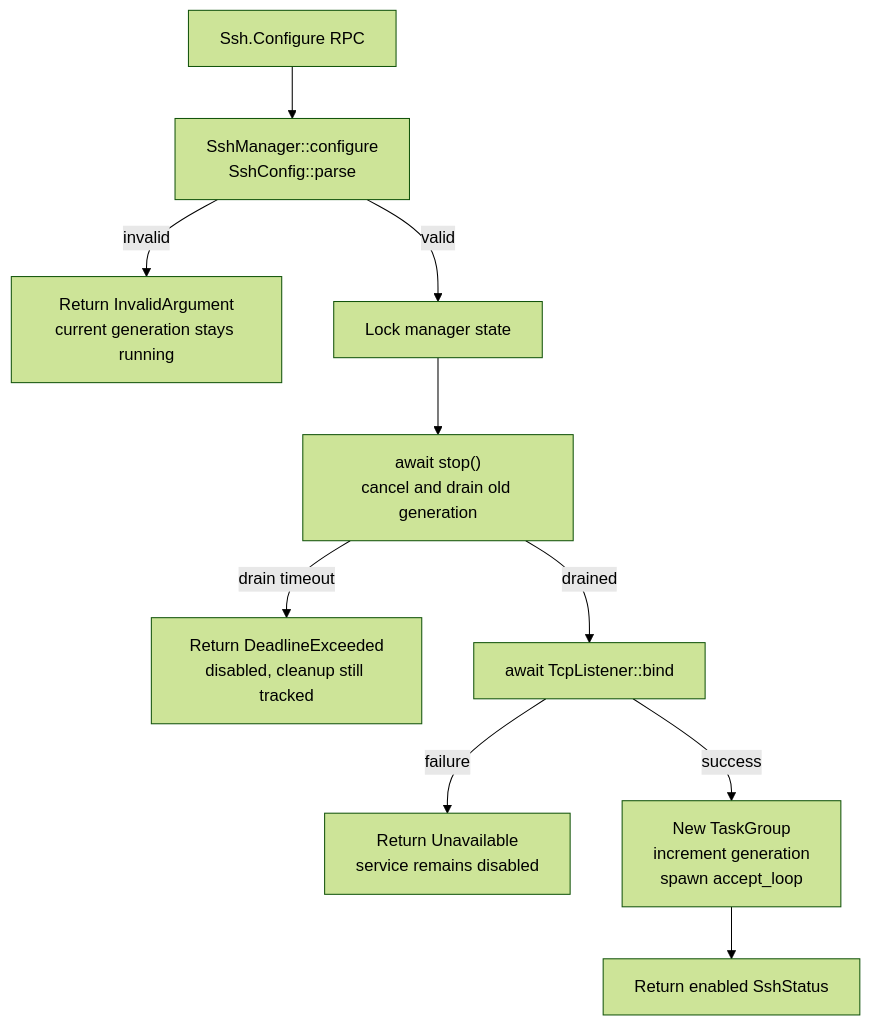
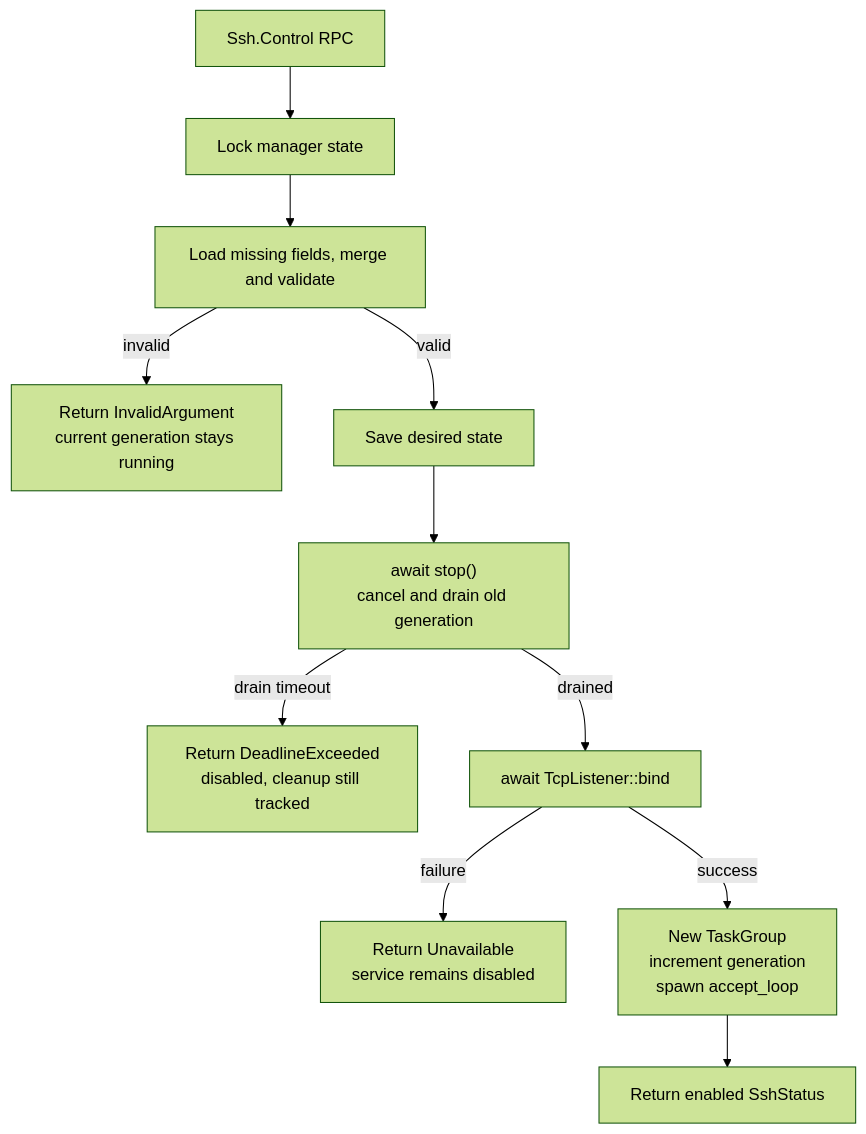
One commit to boxlite-ai/boxlite changed the first of 6 diagrams in src/guest/src/service/ssh/lifecycles.md. Above: the diagram before and after it, drawn with Mermaid (forest theme). The commit also changed other lines of this file and 30 other files, not shown here.

````diff
--- a/src/guest/src/service/ssh/lifecycles.md
+++ b/src/guest/src/service/ssh/lifecycles.md
@@ -29,12 +36,13 @@
 ```mermaid
 flowchart TD
-    RPC["Ssh.Configure RPC"] --> PARSE["SshManager::configure<br/>SshConfig::parse"]
+    RPC["Ssh.Control RPC"] --> LOCK["Lock manager state"]
+    LOCK --> PARSE["Load missing fields, merge and validate"]
     PARSE -->|invalid| KEEP["Return InvalidArgument<br/>current generation stays running"]
-    PARSE -->|valid| LOCK["Lock manager state"]
-    LOCK --> STOP["await stop()<br/>cancel and drain old generation"]
+    PARSE -->|valid| SAVE["Save desired state"]
+    SAVE --> STOP["await stop()<br/>cancel and drain old generation"]
     STOP -->|drain timeout| TIMEOUT["Return DeadlineExceeded<br/>disabled, cleanup still tracked"]
     STOP -->|drained| BIND["await TcpListener::bind"]
     BIND -->|failure| DISABLED["Return Unavailable<br/>service remains disabled"]
     BIND -->|success| START["New TaskGroup<br/>increment generation<br/>spawn accept_loop"]
     START --> READY["Return enabled SshStatus"]
 ```
````
